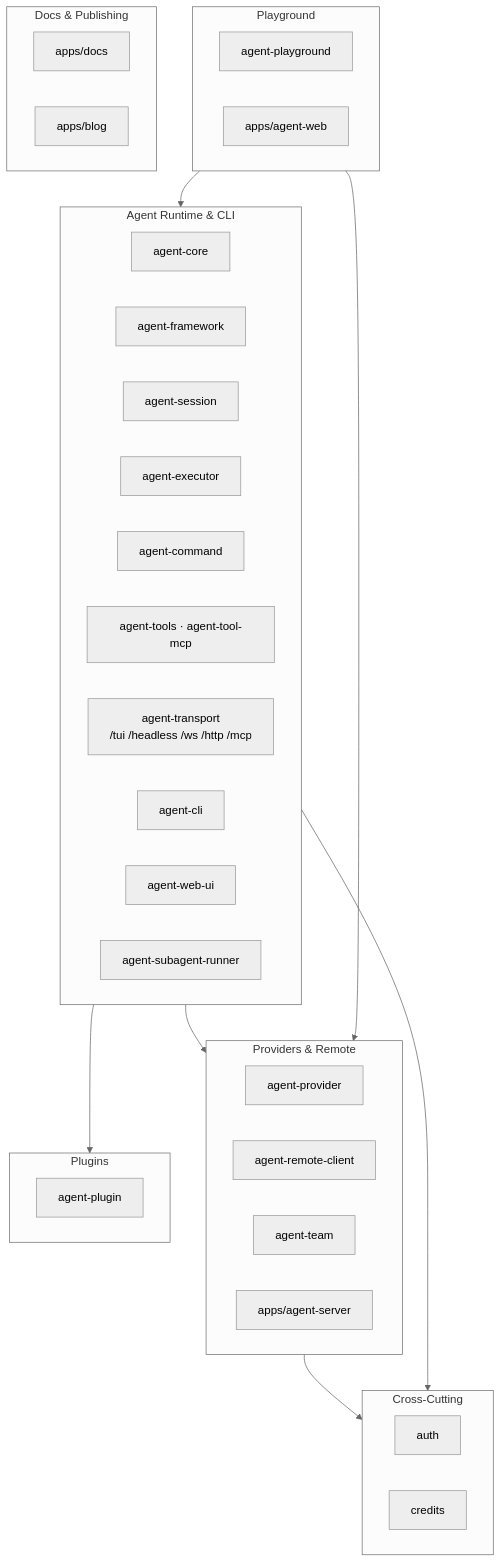
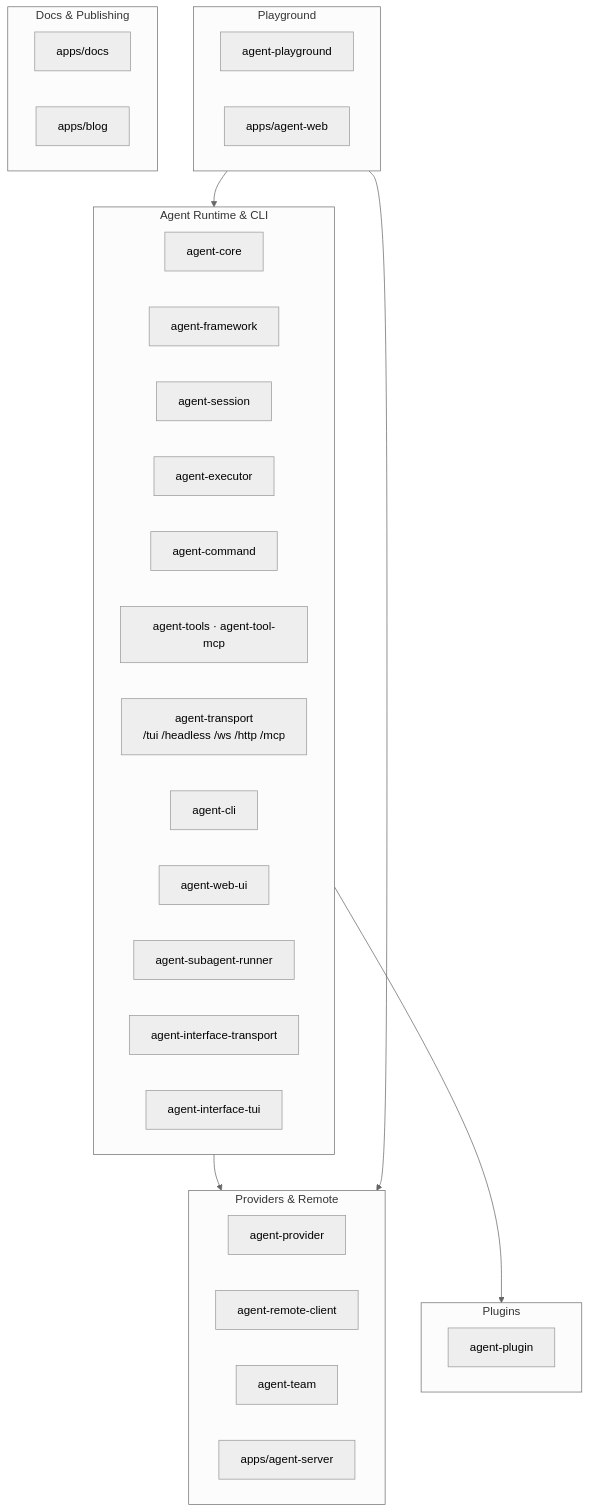
The diagram in .agents/specs/architecture-map/repository-overview.md (woojubb/robota), drawn with Mermaid (neutral theme) before and after one commit. The commit also changed other lines of this file and 18 other files, not shown here.

````diff
--- a/.agents/specs/architecture-map/repository-overview.md
+++ b/.agents/specs/architecture-map/repository-overview.md
@@ -13,43 +13,38 @@
 ```mermaid
 graph TD
   subgraph Runtime["Agent Runtime & CLI"]
     core["agent-core"]
     framework["agent-framework"]
     session["agent-session"]
     executor["agent-executor"]
     command["agent-command"]
     tools["agent-tools · agent-tool-mcp"]
     transport["agent-transport\n/tui /headless /ws /http /mcp"]
     cli["agent-cli"]
     webui["agent-web-ui"]
     subrunner["agent-subagent-runner"]
+    ifaceTransport["agent-interface-transport"]
+    ifaceTui["agent-interface-tui"]
   end
   subgraph Providers["Providers & Remote"]
     provider["agent-provider"]
     remote["agent-remote-client"]
     team["agent-team"]
     server["apps/agent-server"]
   end
   subgraph Plugins["Plugins"]
     plugin["agent-plugin"]
   end
   subgraph Playground["Playground"]
     playground["agent-playground"]
     agentWeb["apps/agent-web"]
   end
   subgraph Docs["Docs & Publishing"]
     docs["apps/docs"]
     blog["apps/blog"]
   end
-  subgraph CrossCutting["Cross-Cutting"]
-    auth["auth"]
-    credits["credits"]
-  end
-
   Runtime --> Providers
   Runtime --> Plugins
   Playground --> Runtime
   Playground --> Providers
-  Providers --> CrossCutting
-  Runtime --> CrossCutting
 ```
````
